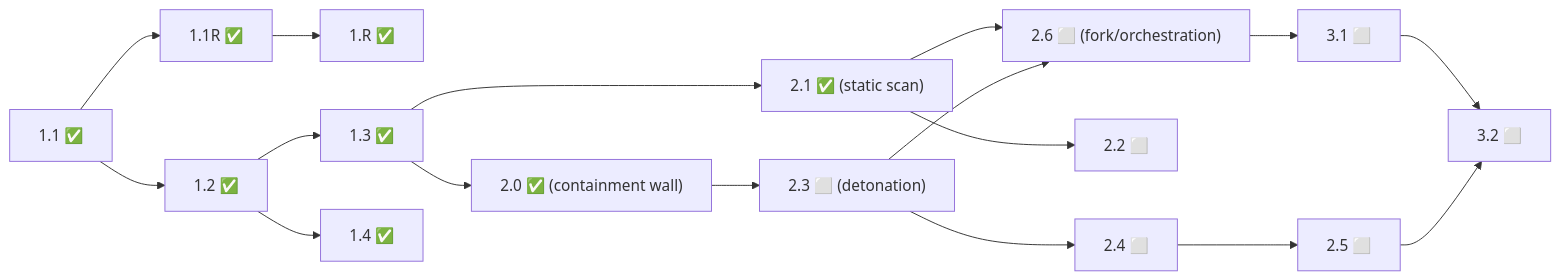
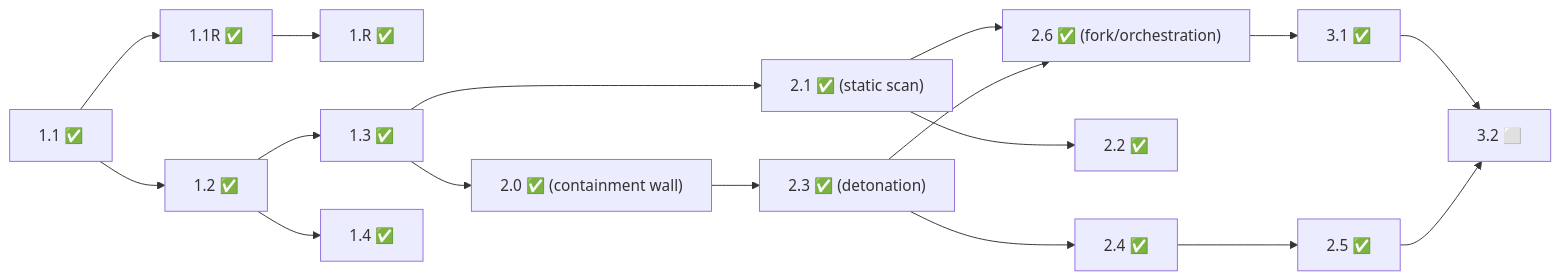
One commit to warrenrutledge64/ZTIE-Issues changed the second of 2 diagrams in docs/BUILD_ORDER.md. Above: the diagram before and after it, drawn with Mermaid. The commit also changed other lines of this file and 10 other files, not shown here.

````diff
--- a/docs/BUILD_ORDER.md
+++ b/docs/BUILD_ORDER.md
@@ -130,28 +130,28 @@
 ```mermaid
 graph LR
   N11["1.1 ✅"] --> N11R["1.1R ✅"] --> N1R["1.R ✅"]
   N11 --> N12["1.2 ✅"]
   N12 --> N13["1.3 ✅"]
   N12 --> N14["1.4 ✅"]
 
   %% 2.0 and 2.1 are INDEPENDENT SIBLINGS of 1.3
   N13 --> N20["2.0 ✅ (containment wall)"]
   N13 --> N21["2.1 ✅ (static scan)"]
 
   %% 2.0's real downstream is 2.3 (the detonation line), NOT 2.1
-  N20 --> N23["2.3 ⬜ (detonation)"]
-  N23 --> N24["2.4 ⬜"]
-  N24 --> N25["2.5 ⬜"]
+  N20 --> N23["2.3 ✅ (detonation)"]
+  N23 --> N24["2.4 ✅"]
+  N24 --> N25["2.5 ✅"]
 
   %% the static line
-  N21 --> N22["2.2 ⬜"]
+  N21 --> N22["2.2 ✅"]
 
   %% 2.6 joins BOTH 2.1 AND 2.3
-  N21 --> N26["2.6 ⬜ (fork/orchestration)"]
+  N21 --> N26["2.6 ✅ (fork/orchestration)"]
   N23 --> N26
 
   %% Phase 3 hangs off 2.6 and 2.5
-  N26 --> N31["3.1 ⬜"]
+  N26 --> N31["3.1 ✅"]
   N31 --> N32["3.2 ⬜"]
   N25 --> N32
 ```
````
